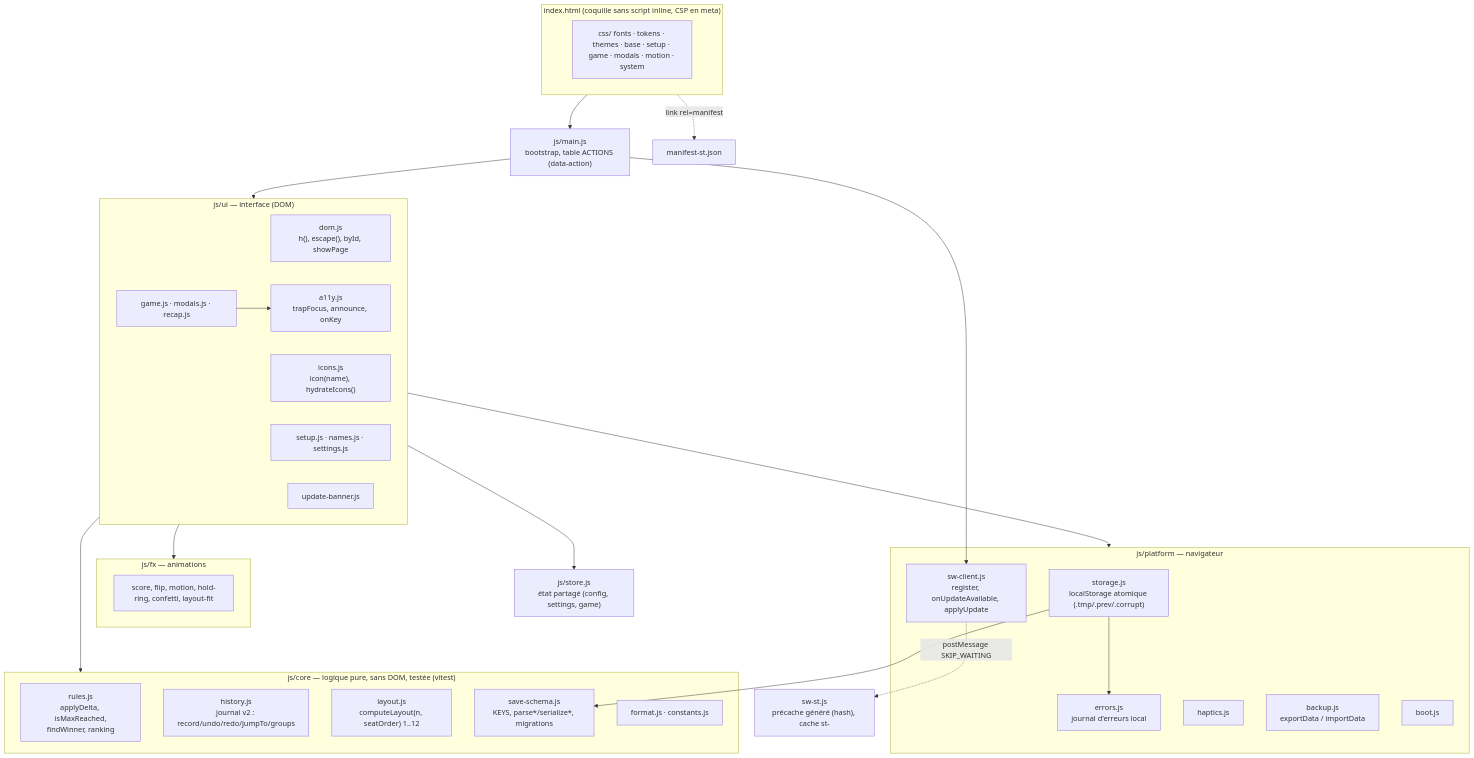
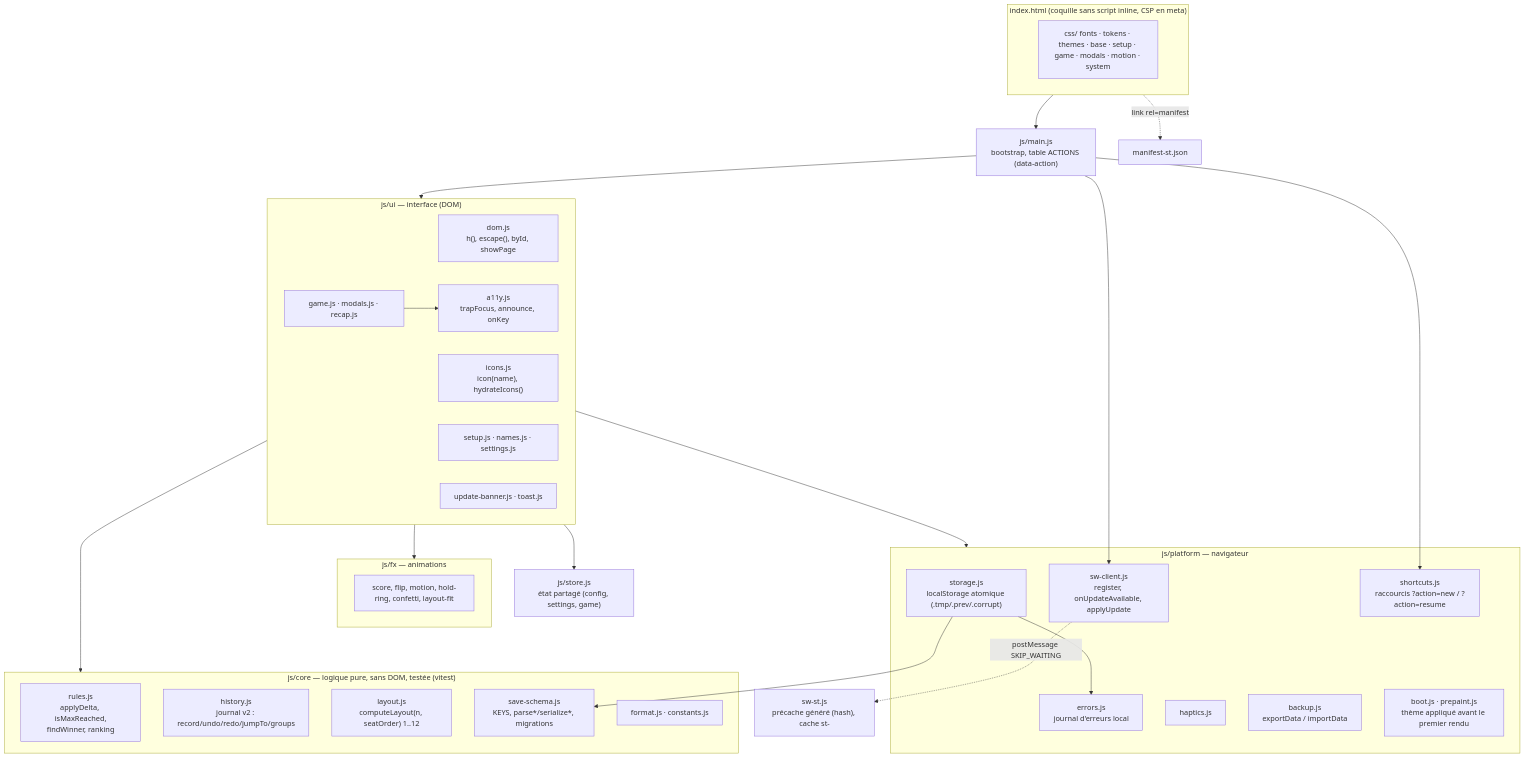
The first of 4 diagrams in docs/ARCHITECTURE.md (albertdafonseca-cpu/scoretrack), drawn with Mermaid before and after one commit. The commit also changed other lines of this file and 89 other files, not shown here.

````diff
--- a/docs/ARCHITECTURE.md
+++ b/docs/ARCHITECTURE.md
@@ -9,56 +9,58 @@
 ```mermaid
 flowchart TB
   subgraph Page["index.html (coquille sans script inline, CSP en meta)"]
     CSS["css/ fonts · tokens · themes · base · setup · game · modals · motion · system"]
   end
 
   MAIN["js/main.js\nbootstrap, table ACTIONS (data-action)"]
 
   subgraph UI["js/ui — interface (DOM)"]
     DOM["dom.js\nh(), escape(), byId, showPage"]
     ICONS["icons.js\nicon(name), hydrateIcons()"]
     A11Y["a11y.js\ntrapFocus, announce, onKey"]
     SETUP["setup.js · names.js · settings.js"]
     GAME["game.js · modals.js · recap.js"]
-    BANNER["update-banner.js"]
+    BANNER["update-banner.js · toast.js"]
   end
 
   subgraph FX["js/fx — animations"]
     FXM["score, flip, motion, hold-ring, confetti, layout-fit"]
   end
 
   subgraph CORE["js/core — logique pure, sans DOM, testée (vitest)"]
     RULES["rules.js\napplyDelta, isMaxReached,\nfindWinner, ranking"]
     HIST["history.js\njournal v2 : record/undo/redo/jumpTo/groups"]
     LAYOUT["layout.js\ncomputeLayout(n, seatOrder) 1..12"]
     SCHEMA["save-schema.js\nKEYS, parse*/serialize*, migrations"]
     FMT["format.js · constants.js"]
   end
 
   STORE["js/store.js\nétat partagé (config, settings, game)"]
 
   subgraph PLATFORM["js/platform — navigateur"]
     STORAGE["storage.js\nlocalStorage atomique (.tmp/.prev/.corrupt)"]
     SWC["sw-client.js\nregister, onUpdateAvailable, applyUpdate"]
     ERR["errors.js\njournal d'erreurs local"]
     HAPT["haptics.js"]
     BACKUP["backup.js\nexportData / importData"]
-    BOOT["boot.js"]
+    BOOT["boot.js · prepaint.js\nthème appliqué avant le premier rendu"]
+    SHORT["shortcuts.js\nraccourcis ?action=new / ?action=resume"]
   end
 
   SW["sw-st.js\nprécache généré (hash), cache st-<hash>"]
   MANIFEST["manifest-st.json"]
 
   Page --> MAIN
   MAIN --> UI
   UI --> CORE
   UI --> STORE
   UI --> PLATFORM
   UI --> FX
   GAME --> A11Y
   STORAGE --> SCHEMA
   STORAGE --> ERR
   SWC -. postMessage SKIP_WAITING .-> SW
   Page -. link rel=manifest .-> MANIFEST
   MAIN --> SWC
+  MAIN --> SHORT
 ```
````
